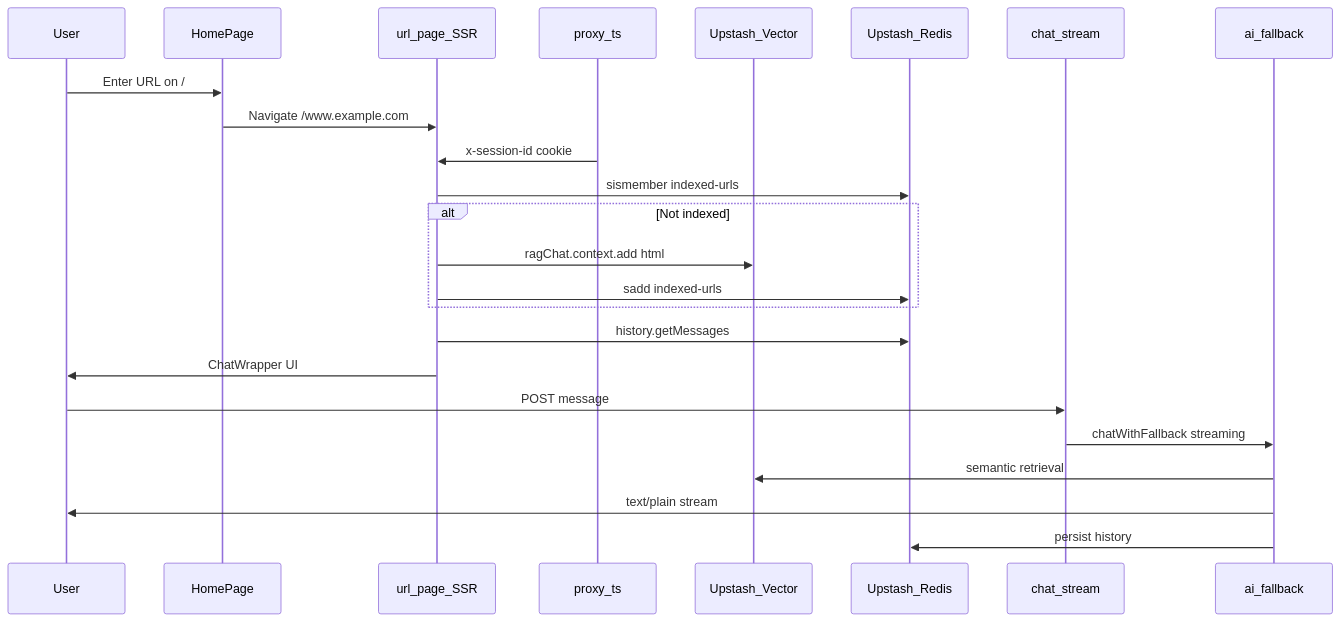
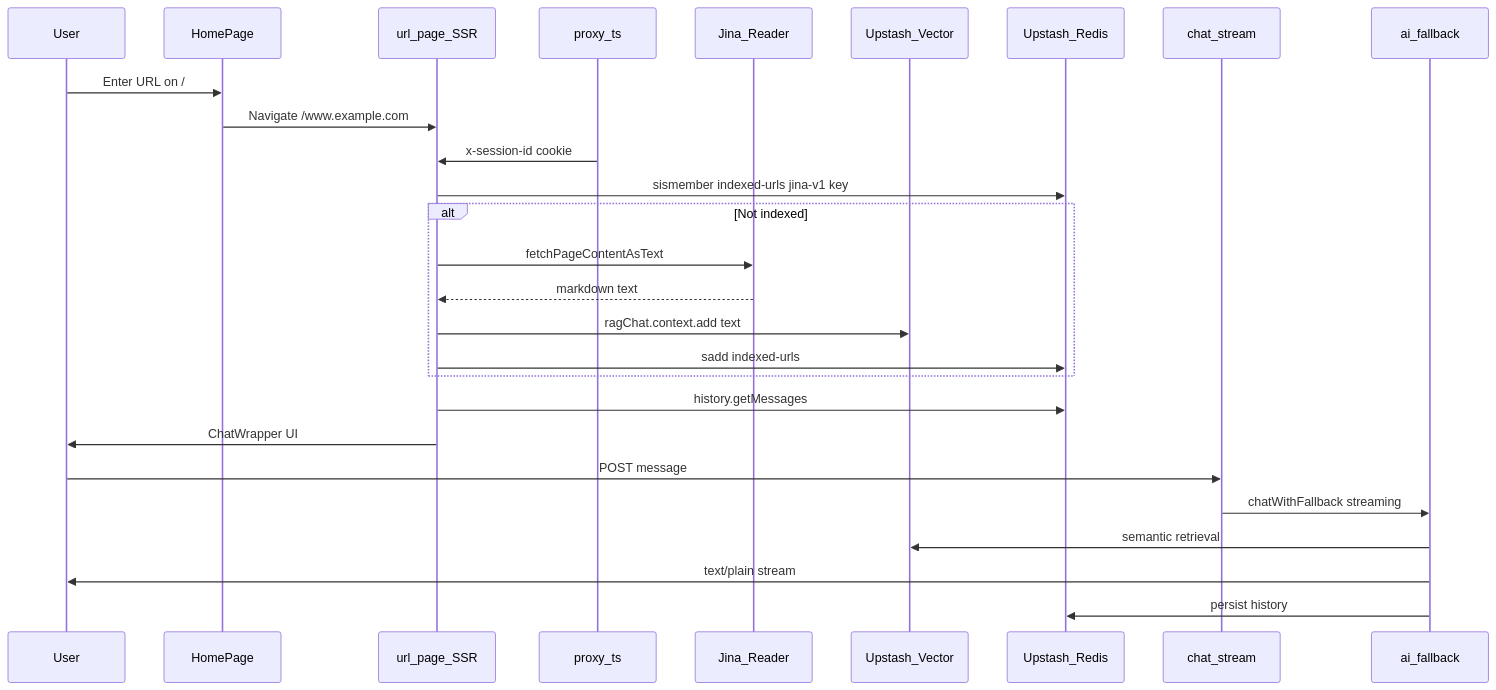
Before and after one commit to arnobt78/Website-URL-RAG-Chatbot-NextJS: the diagram in README.md, drawn with Mermaid. The commit also changed other lines of this file and 44 other files, not shown here.

First line of the commit message:
feat: Jina ingest, multi-chat UI shell, and GitHub CI

````diff
--- a/README.md
+++ b/README.md
@@ -120,28 +127,31 @@
 ```mermaid
 sequenceDiagram
   participant User
   participant Landing as HomePage
   participant Page as url_page_SSR
   participant Proxy as proxy_ts
+  participant Jina as Jina_Reader
   participant Vector as Upstash_Vector
   participant Redis as Upstash_Redis
   participant API as chat_stream
   participant Fallback as ai_fallback
 
   User->>Landing: Enter URL on /
   Landing->>Page: Navigate /www.example.com
   Proxy->>Page: x-session-id cookie
-  Page->>Redis: sismember indexed-urls
+  Page->>Redis: sismember indexed-urls jina-v1 key
   alt Not indexed
-    Page->>Vector: ragChat.context.add html
+    Page->>Jina: fetchPageContentAsText
+    Jina-->>Page: markdown text
+    Page->>Vector: ragChat.context.add text
     Page->>Redis: sadd indexed-urls
   end
   Page->>Redis: history.getMessages
   Page->>User: ChatWrapper UI
 
   User->>API: POST message
   API->>Fallback: chatWithFallback streaming
   Fallback->>Vector: semantic retrieval
   Fallback->>User: text/plain stream
   Fallback->>Redis: persist history
 ```
````
